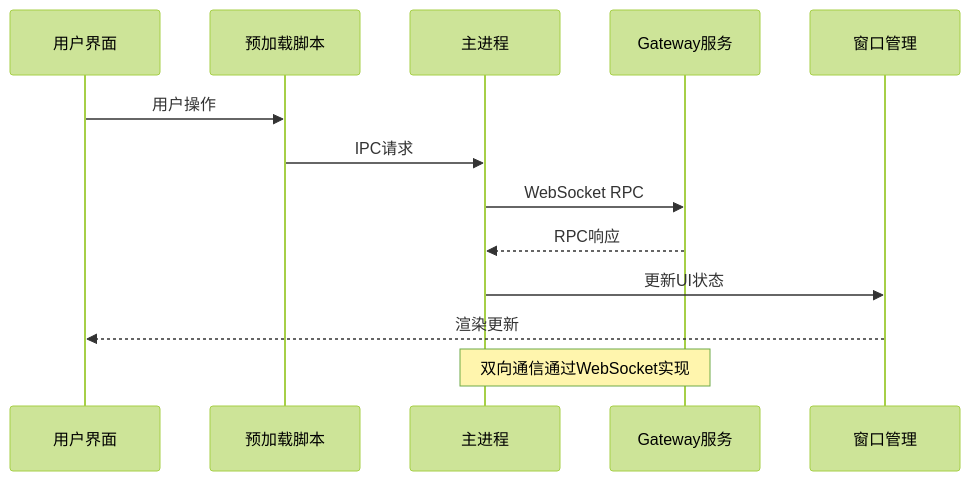
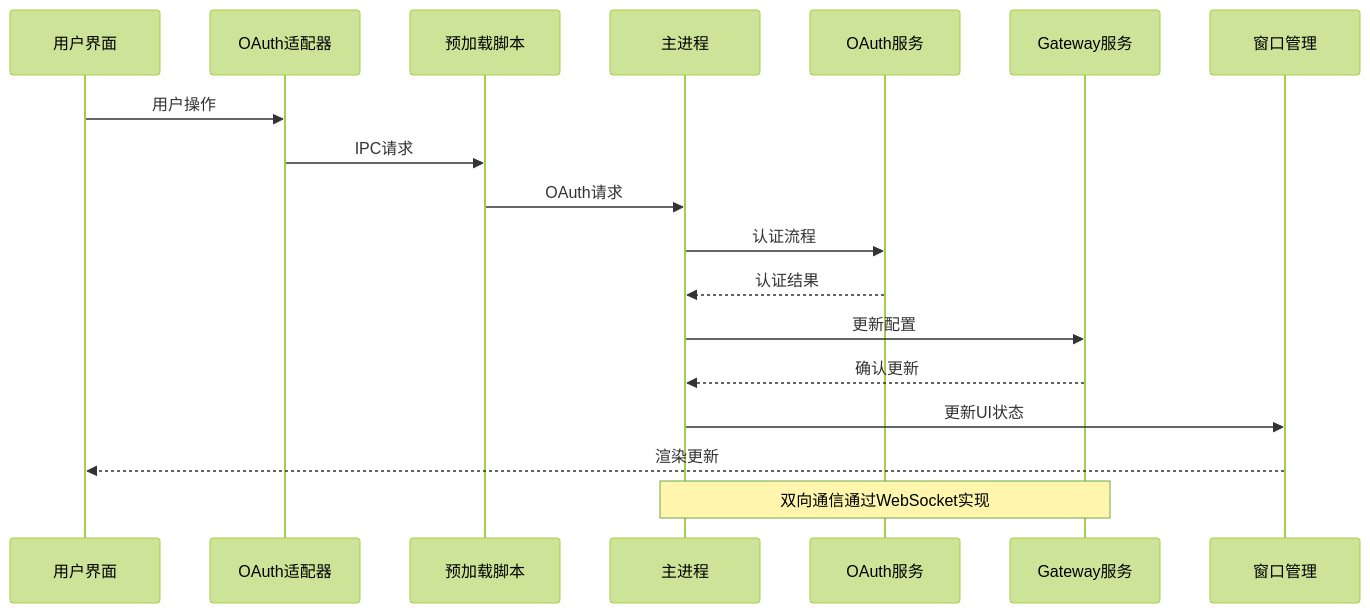
The third of 10 diagrams in .qoder/repowiki/zh/content/核心概念/Electron应用增强.md (verse-ai-org/openclaw), drawn with Mermaid (forest theme) before and after one commit. The commit also changed other lines of this file and 32 other files, not shown here.

````diff
--- a/.qoder/repowiki/zh/content/核心概念/Electron应用增强.md
+++ b/.qoder/repowiki/zh/content/核心概念/Electron应用增强.md
@@ -158,15 +205,20 @@
 ```mermaid
 sequenceDiagram
 participant UI as 用户界面
+participant Adapter as OAuth适配器
 participant Preload as 预加载脚本
 participant Main as 主进程
+participant OAuth as OAuth服务
 participant Gateway as Gateway服务
 participant Window as 窗口管理
-UI->>Preload : 用户操作
-Preload->>Main : IPC请求
-Main->>Gateway : WebSocket RPC
-Gateway-->>Main : RPC响应
+UI->>Adapter : 用户操作
+Adapter->>Preload : IPC请求
+Preload->>Main : OAuth请求
+Main->>OAuth : 认证流程
+OAuth-->>Main : 认证结果
+Main->>Gateway : 更新配置
+Gateway-->>Main : 确认更新
 Main->>Window : 更新UI状态
 Window-->>UI : 渲染更新
 Note over Main,Gateway : 双向通信通过WebSocket实现
 ```
````
